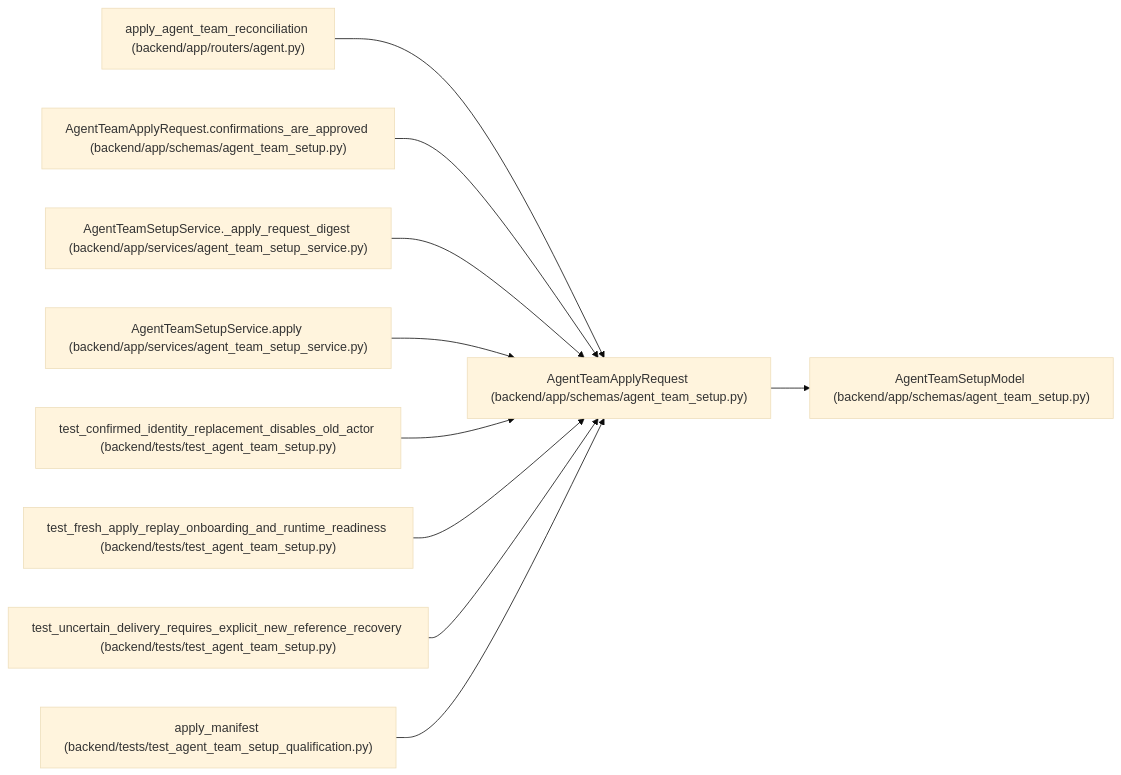
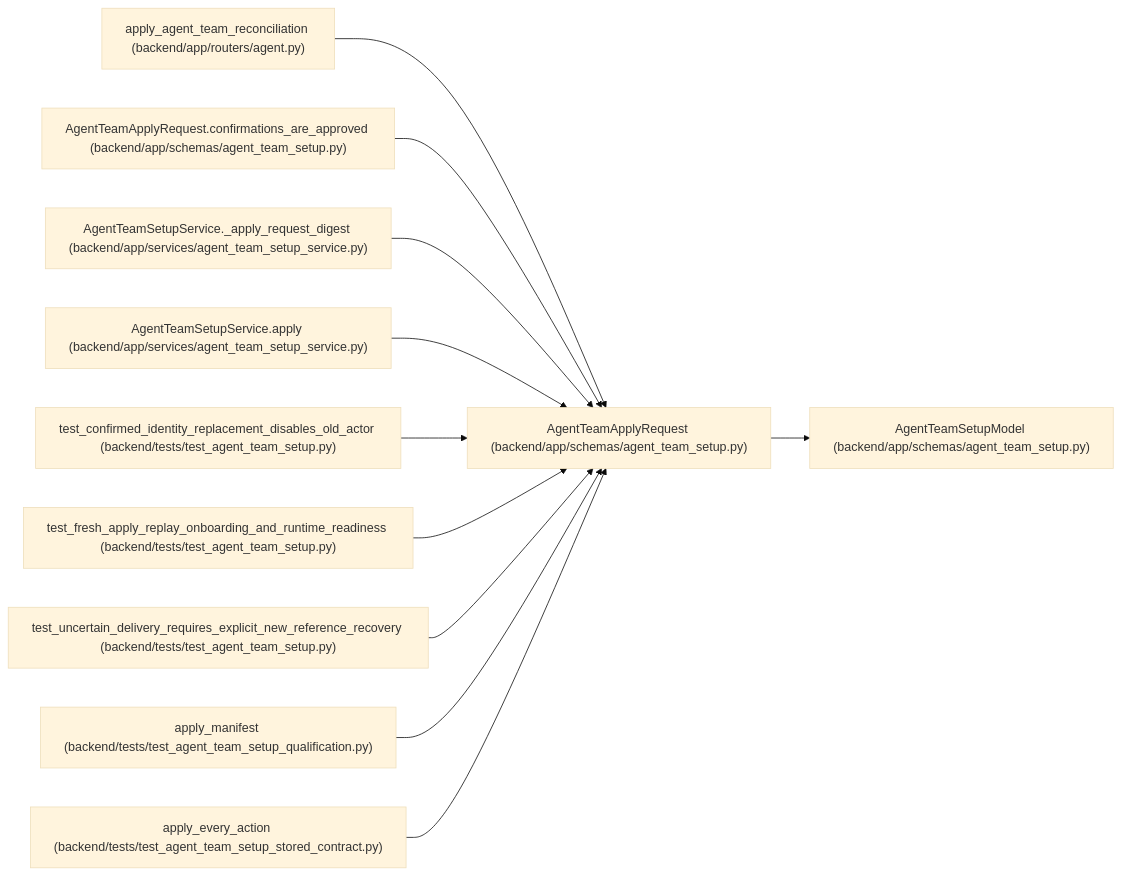
Before and after one commit to Denissvgn/WorkChord: the diagram in docs/llm_wiki/entities/AgentTeamApplyRequest.md, drawn with Mermaid (base theme). The commit also changed other lines of this file and 829 other files, not shown here.

Commit message:
docs(wiki): refresh for team contracts stored under earlier role rules

````diff
--- a/docs/llm_wiki/entities/AgentTeamApplyRequest.md
+++ b/docs/llm_wiki/entities/AgentTeamApplyRequest.md
@@ -39,32 +39,35 @@
 ```mermaid
 flowchart LR
     n0["AgentTeamApplyRequest (backend/app/schemas/agent_team_setup.py)"]
     n1["AgentTeamSetupModel (backend/app/schemas/agent_team_setup.py)"]
     n2["apply_agent_team_reconciliation (backend/app/routers/agent.py)"]
     n3["AgentTeamApplyRequest.confirmations_are_approved (backend/app/schemas/agent_team_setup.py)"]
     n4["AgentTeamSetupService._apply_request_digest (backend/app/services/agent_team_setup_service.py)"]
     n5["AgentTeamSetupService.apply (backend/app/services/agent_team_setup_service.py)"]
     n6["test_confirmed_identity_replacement_disables_old_actor (backend/tests/test_agent_team_setup.py)"]
     n7["test_fresh_apply_replay_onboarding_and_runtime_readiness (backend/tests/test_agent_team_setup.py)"]
     n8["test_uncertain_delivery_requires_explicit_new_reference_recovery (backend/tests/test_agent_team_setup.py)"]
     n9["apply_manifest (backend/tests/test_agent_team_setup_qualification.py)"]
+    n10["apply_every_action (backend/tests/test_agent_team_setup_stored_contract.py)"]
     n0 --> n1
     n2 --> n0
     n3 --> n0
     n4 --> n0
     n5 --> n0
     n6 --> n0
     n7 --> n0
     n8 --> n0
     n9 --> n0
+    n10 --> n0
     click n0 "../modules/agent_team_setup.md"
     click n1 "../modules/agent_team_setup.md"
     click n2 "../modules/routers_agent.md"
     click n3 "../modules/agent_team_setup.md"
     click n4 "../modules/agent_team_setup_service.md"
     click n5 "../modules/agent_team_setup_service.md"
     click n6 "../modules/test_agent_team_setup.md"
     click n7 "../modules/test_agent_team_setup.md"
     click n8 "../modules/test_agent_team_setup.md"
     click n9 "../modules/test_agent_team_setup_qualification.md"
+    click n10 "../modules/test_agent_team_setup_stored_contract.md"
 ```
````
